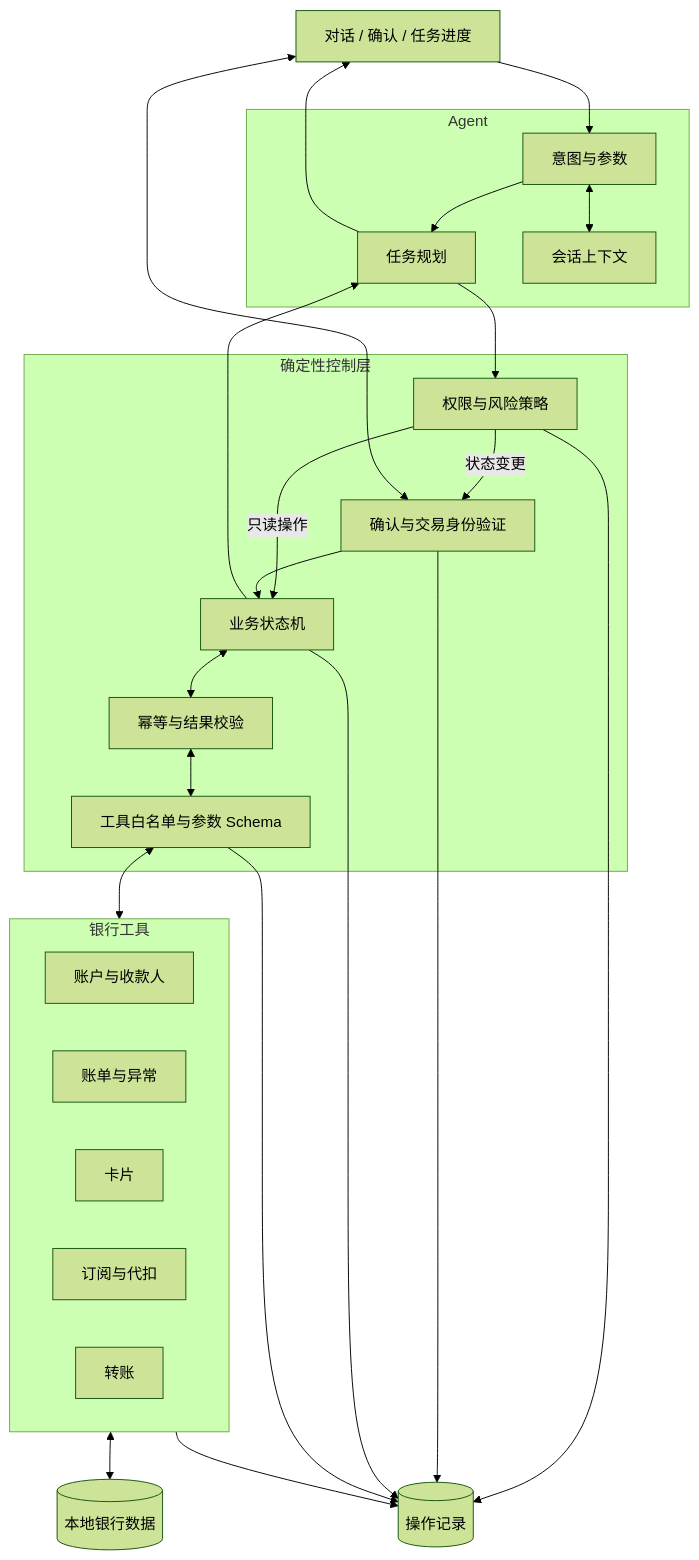
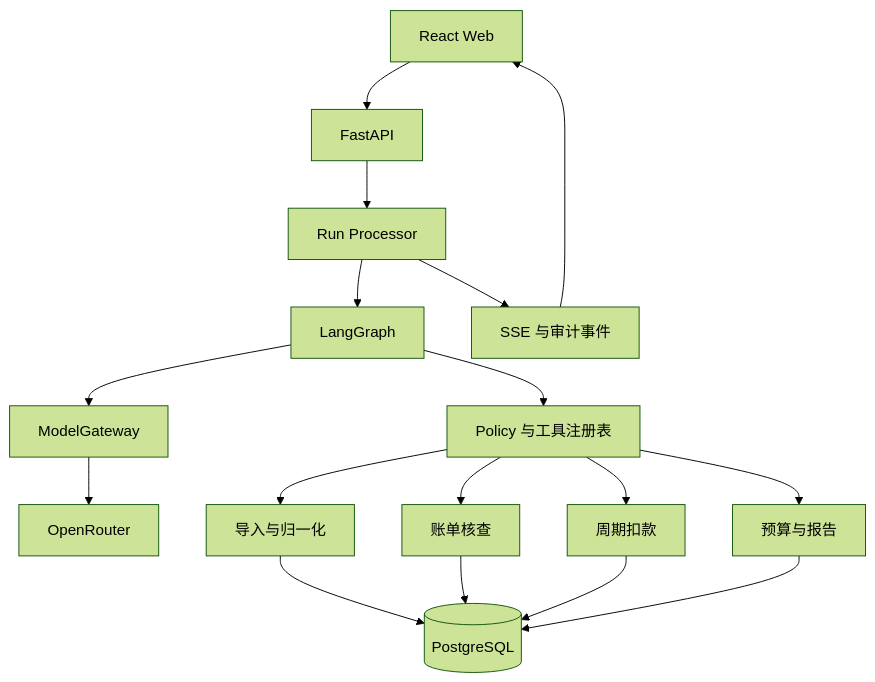
One commit to Masterora/bankpilot-agent changed the second of 2 diagrams in README.md. Above: the diagram before and after it, drawn with Mermaid (forest theme). The commit also changed other lines of this file and 24 other files, not shown here.

````diff
--- a/README.md
+++ b/README.md
@@ -92,49 +87,19 @@
 ```mermaid
 flowchart TB
-    UI[对话 / 确认 / 任务进度]
-
-    subgraph Agent
-        NLU[意图与参数]
-        PLAN[任务规划]
-        CTX[会话上下文]
-    end
-
-    subgraph Control[确定性控制层]
-        POLICY[权限与风险策略]
-        AUTH[确认与交易身份验证]
-        FLOW[业务状态机]
-        IDEM[幂等与结果校验]
-        GATE[工具白名单与参数 Schema]
-    end
-
-    subgraph Tools[银行工具]
-        ACCOUNT[账户与收款人]
-        BILL[账单与异常]
-        CARD[卡片]
-        DEBIT[订阅与代扣]
-        TRANSFER[转账]
-    end
-
-    DATA[(本地银行数据)]
-    AUDIT[(操作记录)]
-
-    UI --> NLU
-    NLU <--> CTX
-    NLU --> PLAN
-    PLAN --> POLICY
-    POLICY -->|只读操作| FLOW
-    POLICY -->|状态变更| AUTH
-    UI <--> AUTH
-    AUTH --> FLOW
-    FLOW <--> IDEM
-    IDEM <--> GATE
-    GATE <--> Tools
-    Tools <--> DATA
-    Tools --> AUDIT
-    POLICY --> AUDIT
-    AUTH --> AUDIT
-    FLOW --> AUDIT
-    GATE --> AUDIT
-    FLOW --> PLAN
-    PLAN --> UI
+    W[React Web] --> API[FastAPI]
+    API --> R[Run Processor]
+    R --> G[LangGraph]
+    G --> M[ModelGateway]
+    M --> O[OpenRouter]
+    G --> P[Policy 与工具注册表]
+    P --> I[导入与归一化]
+    P --> B[账单核查]
+    P --> S[周期扣款]
+    P --> U[预算与报告]
+    I --> DB[(PostgreSQL)]
+    B --> DB
+    S --> DB
+    U --> DB
+    R --> E[SSE 与审计事件]
+    E --> W
 ```
````
